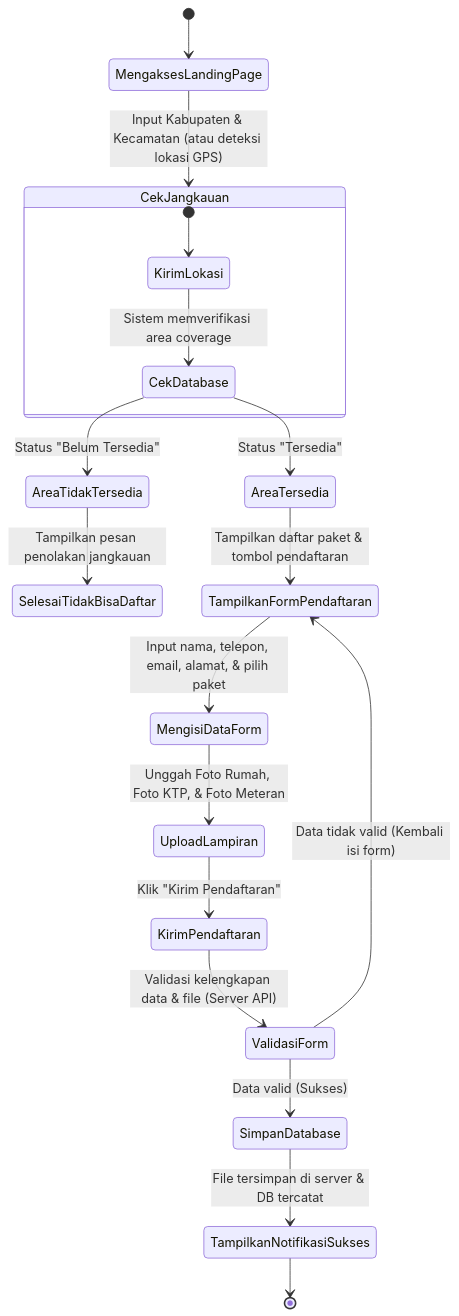
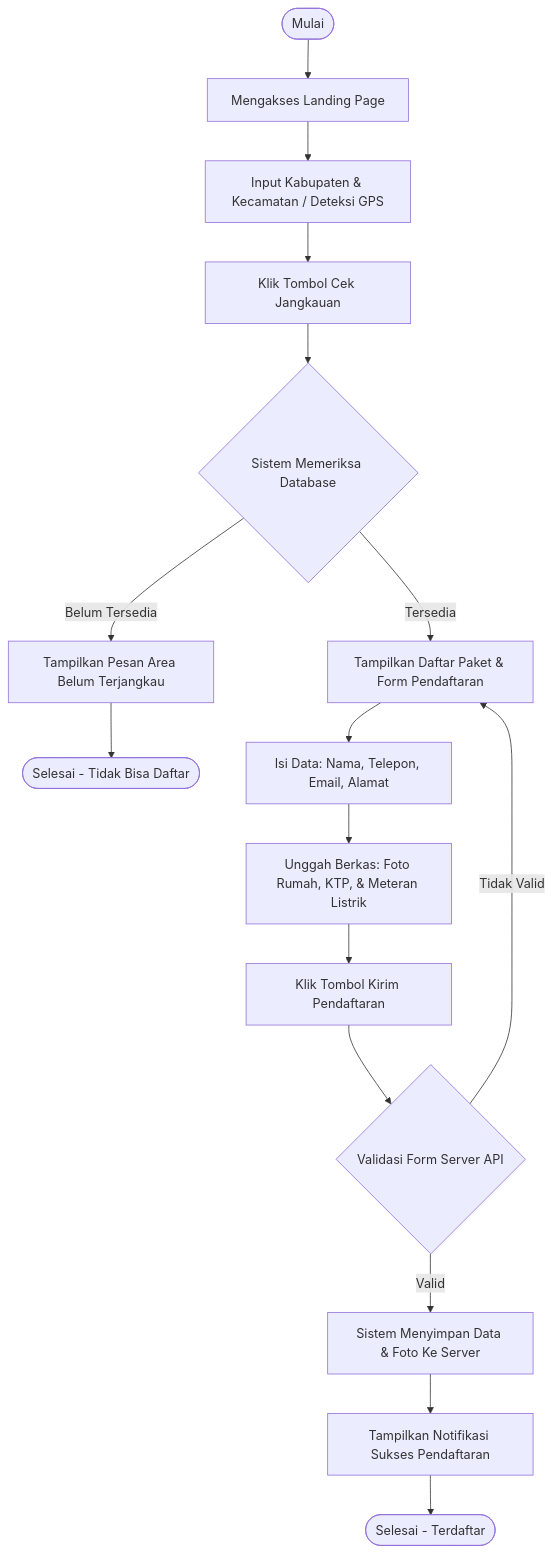
One commit to adistianherlambang/ISP-MyRepublic-Laravel-ReactJS changed the second of 4 diagrams in skripsi.md. Above: the diagram before and after it, drawn with Mermaid. The commit also changed other lines of this file, not shown here.

````diff
--- a/skripsi.md
+++ b/skripsi.md
@@ -49,26 +50,21 @@
 ```mermaid
-stateDiagram-v2
-  [*] --> MengaksesLandingPage
-  MengaksesLandingPage --> CekJangkauan : Input Kabupaten & Kecamatan (atau deteksi lokasi GPS)
-  state CekJangkauan {
-    [*] --> KirimLokasi
-    KirimLokasi --> CekDatabase : Sistem memverifikasi area coverage
-  }
-  CekDatabase --> AreaTidakTersedia : Status "Belum Tersedia"
-  CekDatabase --> AreaTersedia : Status "Tersedia"
+flowchart TD
+  Start([Mulai]) --> Akses[Mengakses Landing Page]
+  Akses --> Input[Input Kabupaten & Kecamatan / Deteksi GPS]
+  Input --> Cek[Klik Tombol Cek Jangkauan]
+  Cek --> Verifikasi{Sistem Memeriksa Database}
   
-  AreaTidakTersedia --> SelesaiTidakBisaDaftar : Tampilkan pesan penolakan jangkauan
-  AreaTersedia --> TampilkanFormPendaftaran : Tampilkan daftar paket & tombol pendaftaran
+  Verifikasi -- Belum Tersedia --> TidakTersedia[Tampilkan Pesan Area Belum Terjangkau]
+  TidakTersedia --> SelesaiTidakDaftar([Selesai - Tidak Bisa Daftar])
   
-  TampilkanFormPendaftaran --> MengisiDataForm : Input nama, telepon, email, alamat, & pilih paket
-  MengisiDataForm --> UploadLampiran : Unggah Foto Rumah, Foto KTP, & Foto Meteran
-  UploadLampiran --> KirimPendaftaran : Klik "Kirim Pendaftaran"
-  KirimPendaftaran --> ValidasiForm : Validasi kelengkapan data & file (Server API)
+  Verifikasi -- Tersedia --> Tersedia[Tampilkan Daftar Paket & Form Pendaftaran]
+  Tersedia --> IsiForm[Isi Data: Nama, Telepon, Email, Alamat]
+  IsiForm --> Upload[Unggah Berkas: Foto Rumah, KTP, & Meteran Listrik]
+  Upload --> Kirim[Klik Tombol Kirim Pendaftaran]
+  Kirim --> Validasi{Validasi Form Server API}
   
-  state ValidasiForm <<choice>>
-  ValidasiForm --> TampilkanFormPendaftaran : Data tidak valid (Kembali isi form)
-  ValidasiForm --> SimpanDatabase : Data valid (Sukses)
-  
-  SimpanDatabase --> TampilkanNotifikasiSukses : File tersimpan di server & DB tercatat
-  TampilkanNotifikasiSukses --> [*]
+  Validasi -- Tidak Valid --> Tersedia
+  Validasi -- Valid --> Simpan[Sistem Menyimpan Data & Foto Ke Server]
+  Simpan --> Sukses[Tampilkan Notifikasi Sukses Pendaftaran]
+  Sukses --> End([Selesai - Terdaftar])
 ```
````
